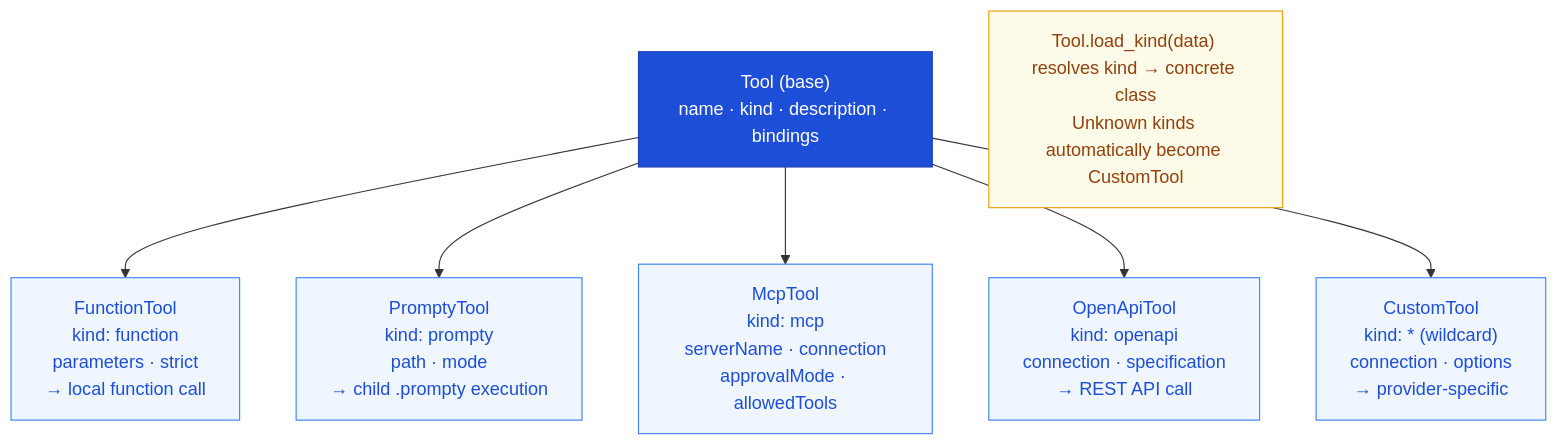
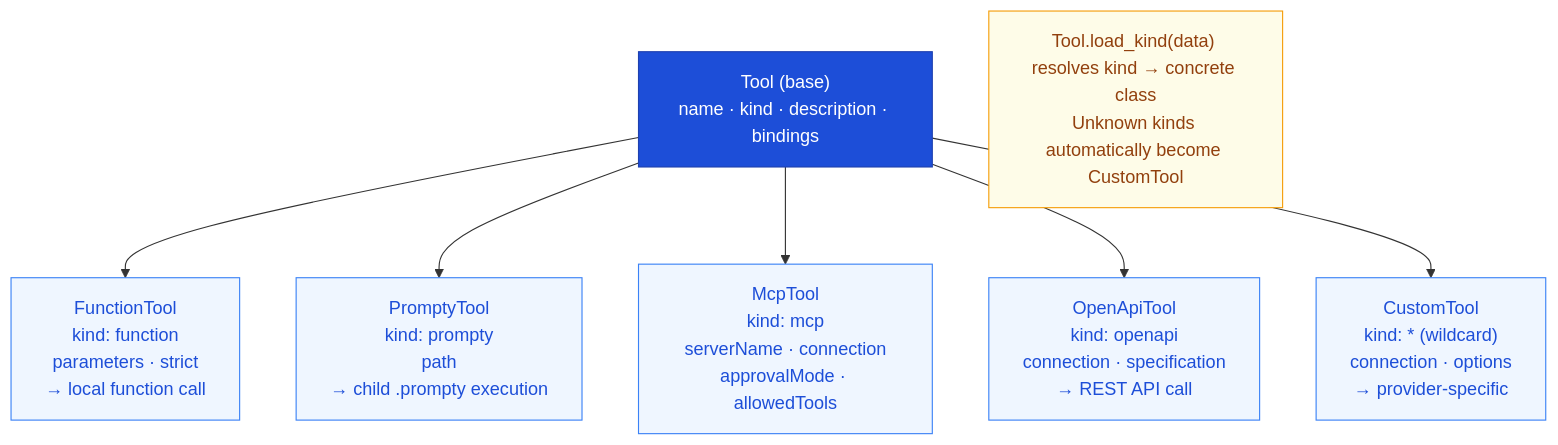
The diagram in web/src/content/docs/core-concepts/tools.mdx (microsoft/prompty), drawn with Mermaid before and after one commit. The commit also changed other lines of this file and 524 other files, not shown here.

````diff
--- a/web/src/content/docs/core-concepts/tools.mdx
+++ b/web/src/content/docs/core-concepts/tools.mdx
@@ -39,19 +39,19 @@
 ```mermaid
 flowchart TD
     Tool["Tool (base)\nname · kind · description · bindings"]
     Tool --> FunctionTool["FunctionTool\nkind: function\nparameters · strict\n→ local function call"]
-    Tool --> PromptyTool["PromptyTool\nkind: prompty\npath · mode\n→ child .prompty execution"]
+    Tool --> PromptyTool["PromptyTool\nkind: prompty\npath\n→ child .prompty execution"]
     Tool --> McpTool["McpTool\nkind: mcp\nserverName · connection\napprovalMode · allowedTools"]
     Tool --> OpenApiTool["OpenApiTool\nkind: openapi\nconnection · specification\n→ REST API call"]
     Tool --> CustomTool["CustomTool\nkind: * (wildcard)\nconnection · options\n→ provider-specific"]
 
     Dispatch["Tool.load_kind(data) resolves kind → concrete class\nUnknown kinds automatically become CustomTool"]
 
     style Tool fill:#1d4ed8,stroke:#1e40af,color:#fff
     style FunctionTool fill:#eff6ff,stroke:#3b82f6,color:#1d4ed8
     style PromptyTool fill:#eff6ff,stroke:#3b82f6,color:#1d4ed8
     style McpTool fill:#eff6ff,stroke:#3b82f6,color:#1d4ed8
     style OpenApiTool fill:#eff6ff,stroke:#3b82f6,color:#1d4ed8
     style CustomTool fill:#eff6ff,stroke:#3b82f6,color:#1d4ed8
     style Dispatch fill:#fefce8,stroke:#f59e0b,color:#92400e
 ```
````
